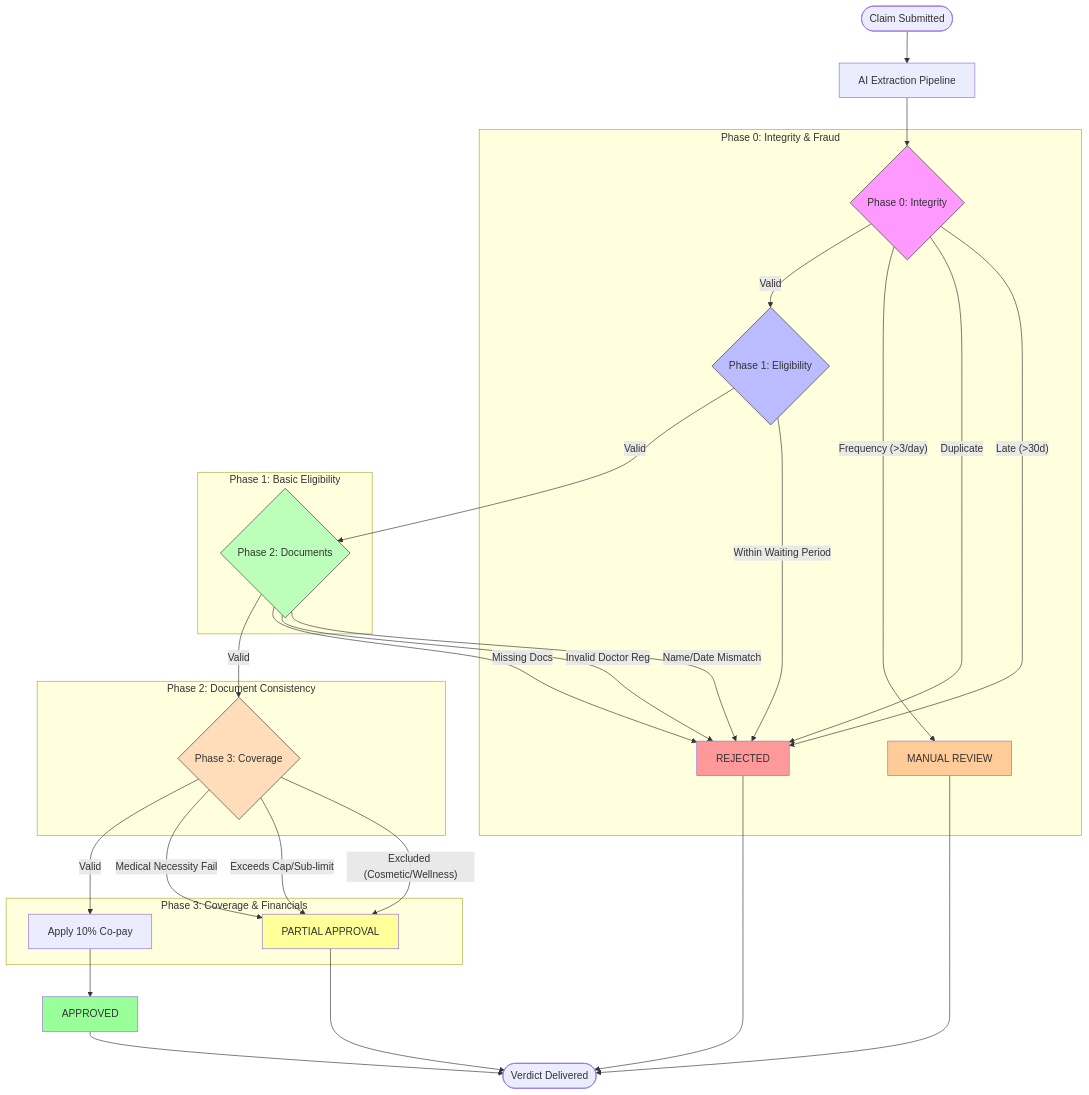
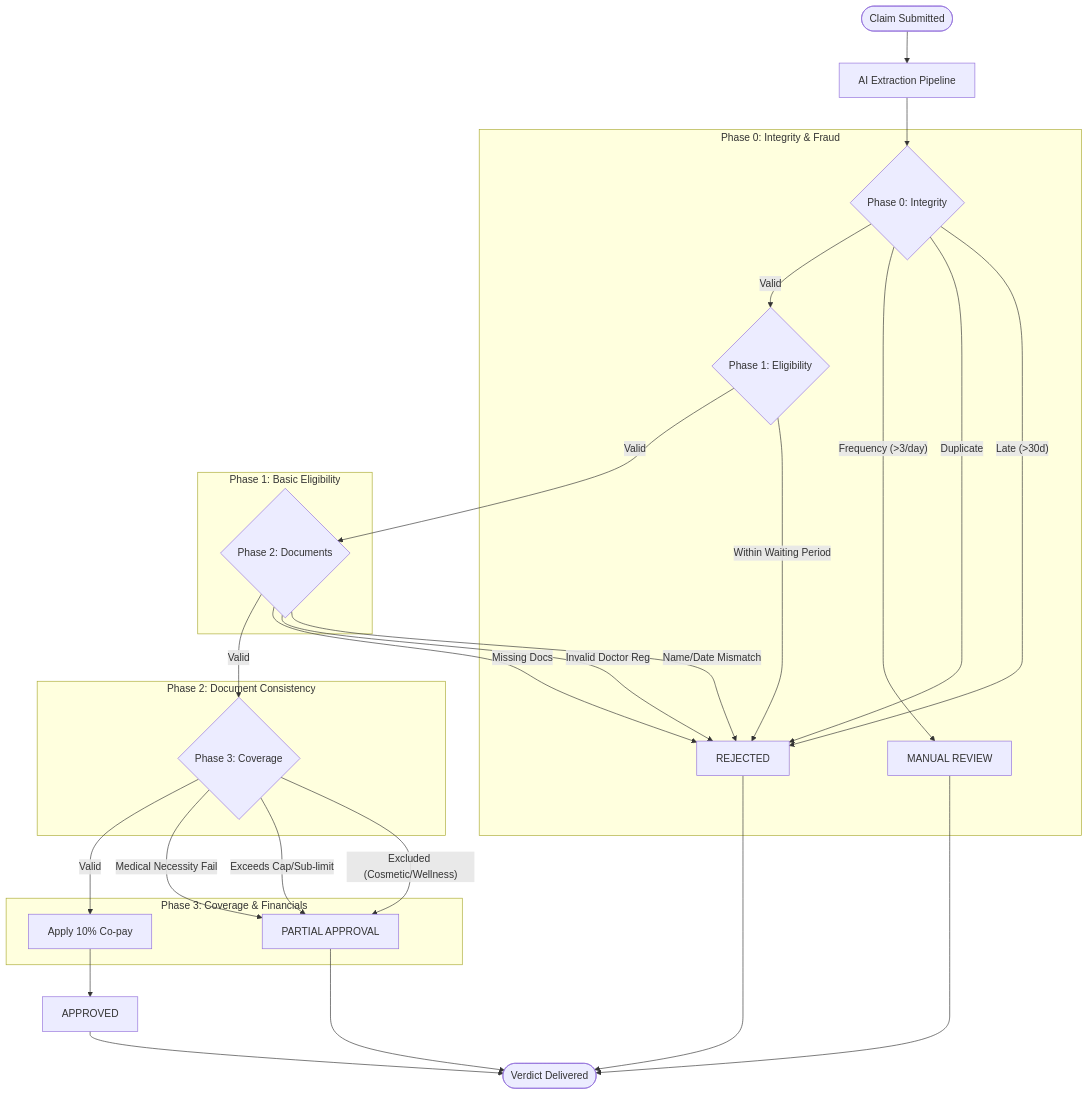
Before and after one commit to YashSWE/plum-claims: the diagram in Deliverables/decision_flowchart.md, drawn with Mermaid. The commit also changed 5 other files, not shown here.

````diff
--- a/Deliverables/decision_flowchart.md
+++ b/Deliverables/decision_flowchart.md
@@ -5,46 +5,38 @@
 ```mermaid
 flowchart TD
     Start([Claim Submitted]) --> Extract[AI Extraction Pipeline]
     Extract --> Phase0{Phase 0: Integrity}
     
     subgraph Phase 0: Integrity & Fraud
         Phase0 -- Late (>30d) --> Rejected[REJECTED]
         Phase0 -- Duplicate --> Rejected
         Phase0 -- Frequency (>3/day) --> Manual[MANUAL REVIEW]
         Phase0 -- Valid --> Phase1{Phase 1: Eligibility}
     end
 
     subgraph Phase 1: Basic Eligibility
         Phase1 -- Within Waiting Period --> Rejected
         Phase1 -- Valid --> Phase2{Phase 2: Documents}
     end
 
     subgraph Phase 2: Document Consistency
         Phase2 -- Name/Date Mismatch --> Rejected
         Phase2 -- Invalid Doctor Reg --> Rejected
         Phase2 -- Missing Docs --> Rejected
         Phase2 -- Valid --> Phase3{Phase 3: Coverage}
     end
 
     subgraph Phase 3: Coverage & Financials
         Phase3 -- Excluded (Cosmetic/Wellness) --> Partial[PARTIAL APPROVAL]
         Phase3 -- Exceeds Cap/Sub-limit --> Partial
         Phase3 -- Medical Necessity Fail --> Partial
         Phase3 -- Valid --> Calc[Apply 10% Co-pay]
     end
 
     Calc --> Approved[APPROVED]
     Rejected --> End([Verdict Delivered])
     Manual --> End
     Partial --> End
     Approved --> End
 
-    style Phase0 fill:#f9f,stroke:#333
-    style Phase1 fill:#bbf,stroke:#333
-    style Phase2 fill:#bfb,stroke:#333
-    style Phase3 fill:#fdb,stroke:#333
-    style Rejected fill:#ff9999
-    style Approved fill:#99ff99
-    style Partial fill:#ffff99
-    style Manual fill:#ffcc99
 ```
````
